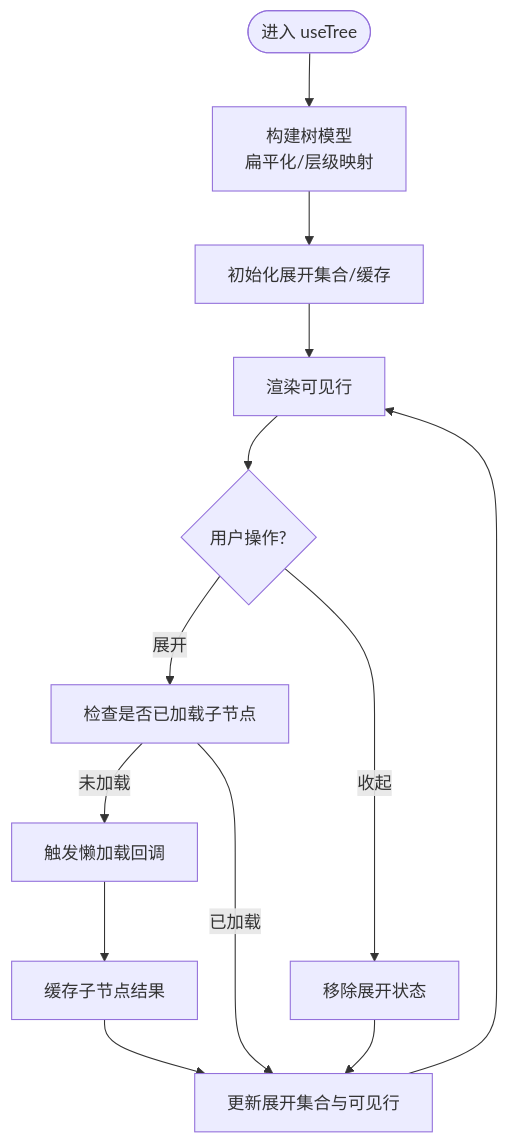
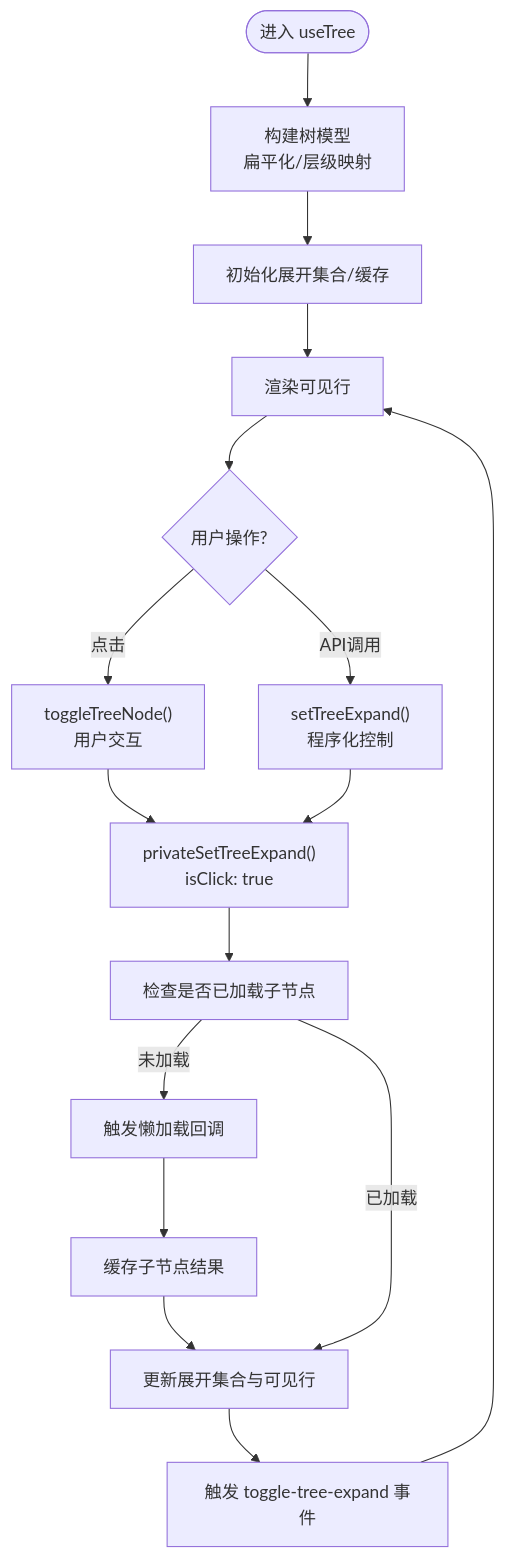
Before and after one commit to ja-plus/stk-table-vue: the third of 6 diagrams in .qoder/repowiki/zh/content/高级功能/树形数据.md, drawn with Mermaid. The commit also changed other lines of this file and 6 other files, not shown here.

Commit message:
fix: `setTreeExpand` &  setRowExpand` number rowKey

````diff
--- a/.qoder/repowiki/zh/content/高级功能/树形数据.md
+++ b/.qoder/repowiki/zh/content/高级功能/树形数据.md
@@ -140,15 +154,18 @@
 ```mermaid
 flowchart TD
 Start(["进入 useTree"]) --> Build["构建树模型<br/>扁平化/层级映射"]
 Build --> InitState["初始化展开集合/缓存"]
 InitState --> Render["渲染可见行"]
 Render --> UserAction{"用户操作?"}
-UserAction --> |展开| Expand["检查是否已加载子节点"]
-Expand --> |未加载| Load["触发懒加载回调"]
+UserAction --> |点击| Toggle["toggleTreeNode()<br/>用户交互"]
+UserAction --> |API调用| SetExpand["setTreeExpand()<br/>程序化控制"]
+Toggle --> PrivateExpand["privateSetTreeExpand()<br/>isClick: true"]
+SetExpand --> PrivateExpand
+PrivateExpand --> CheckLoad["检查是否已加载子节点"]
+CheckLoad --> |未加载| Load["触发懒加载回调"]
 Load --> Cache["缓存子节点结果"]
 Cache --> Update["更新展开集合与可见行"]
-Expand --> |已加载| Update
-UserAction --> |收起| Collapse["移除展开状态"]
-Collapse --> Update
-Update --> Render
+CheckLoad --> |已加载| Update
+Update --> EmitEvent["触发 toggle-tree-expand 事件"]
+EmitEvent --> Render
 ```
````
